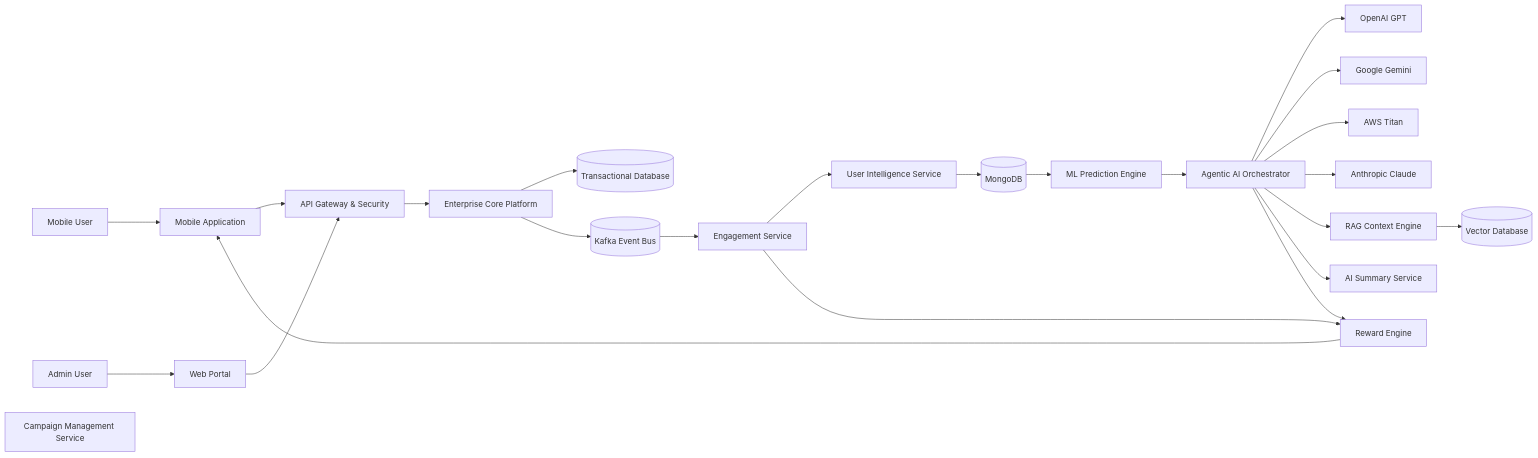
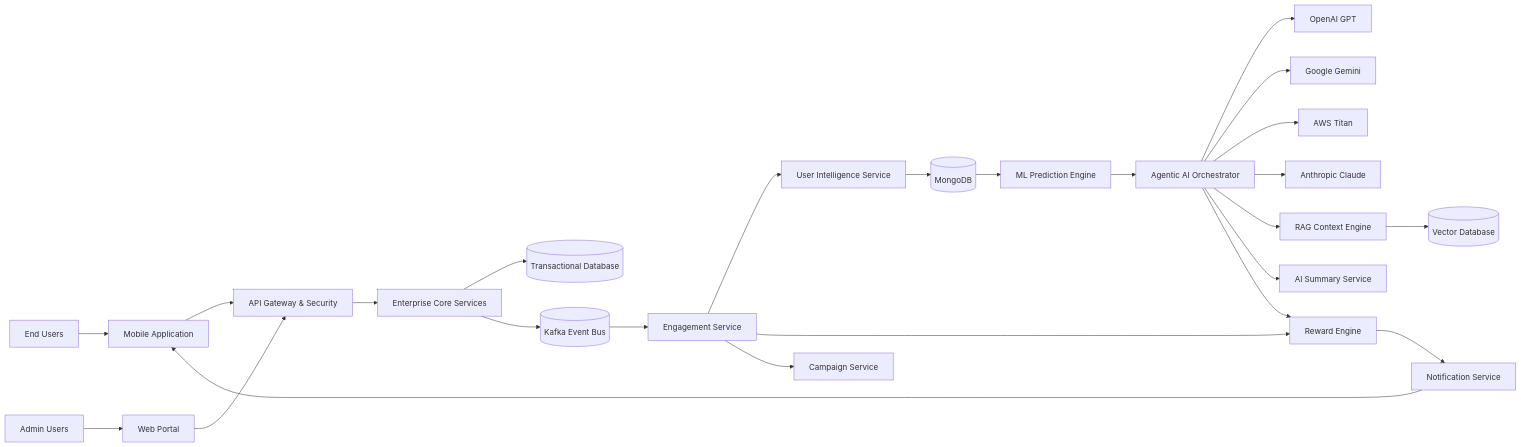
Before and after one commit to NiteshSingh-Luckyperson/enterprise-agentic-ai-platform: the first of 3 diagrams in README.md, drawn with Mermaid. The commit also changed other lines of this file, not shown here.

````diff
--- a/README.md
+++ b/README.md
@@ -134,77 +146,80 @@
 ```mermaid
 flowchart LR
 
 %% USERS
-U[Mobile User]
-A[Admin User]
+U[End Users]
+A[Admin Users]
 
 %% CHANNELS
 APP[Mobile Application]
 WEB[Web Portal]
+
+%% SECURITY
 API[API Gateway & Security]
 
-%% CORE PLATFORM
-CORE[Enterprise Core Platform]
+%% CORE
+CORE[Enterprise Core Services]
 DB[(Transactional Database)]
 
 %% EVENT BUS
 KAFKA[(Kafka Event Bus)]
 
-%% SERVICES
+%% MICROSERVICES
 ENG[Engagement Service]
 REWARD[Reward Engine]
 PROFILE[User Intelligence Service]
-CAMPAIGN[Campaign Management Service]
+CAMPAIGN[Campaign Service]
+NOTIFY[Notification Service]
 
 %% AI PLATFORM
+ML[ML Prediction Engine]
 AI[Agentic AI Orchestrator]
-ML[ML Prediction Engine]
 RAG[RAG Context Engine]
 VECTOR[(Vector Database)]
 SUMMARY[AI Summary Service]
 
-%% EXTERNAL LLMs
+%% STORAGE
+MONGO[(MongoDB)]
+
+%% LLMs
 GPT[OpenAI GPT]
 GEMINI[Google Gemini]
 TITAN[AWS Titan]
 CLAUDE[Anthropic Claude]
-
-%% STORAGE
-MONGO[(MongoDB)]
 
 %% FLOW
 U --> APP
 A --> WEB
 
 APP --> API
 WEB --> API
 
 API --> CORE
 CORE --> DB
 
 CORE --> KAFKA
 
 KAFKA --> ENG
-
 ENG --> PROFILE
 ENG --> REWARD
+ENG --> CAMPAIGN
 
 PROFILE --> MONGO
 
 MONGO --> ML
 ML --> AI
 
 AI --> GPT
 AI --> GEMINI
 AI --> TITAN
 AI --> CLAUDE
 
 AI --> RAG
 RAG --> VECTOR
 
 AI --> SUMMARY
-
 AI --> REWARD
 
-REWARD --> APP
+REWARD --> NOTIFY
+NOTIFY --> APP
 ```
````
